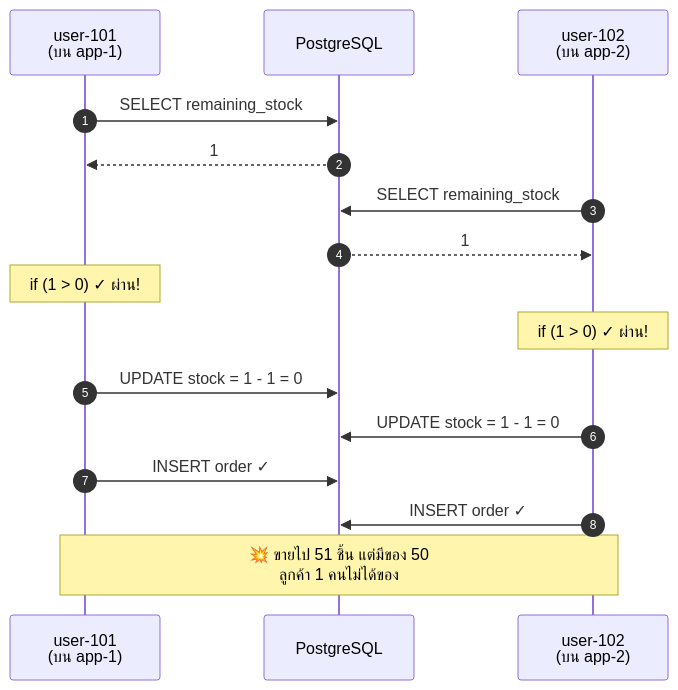
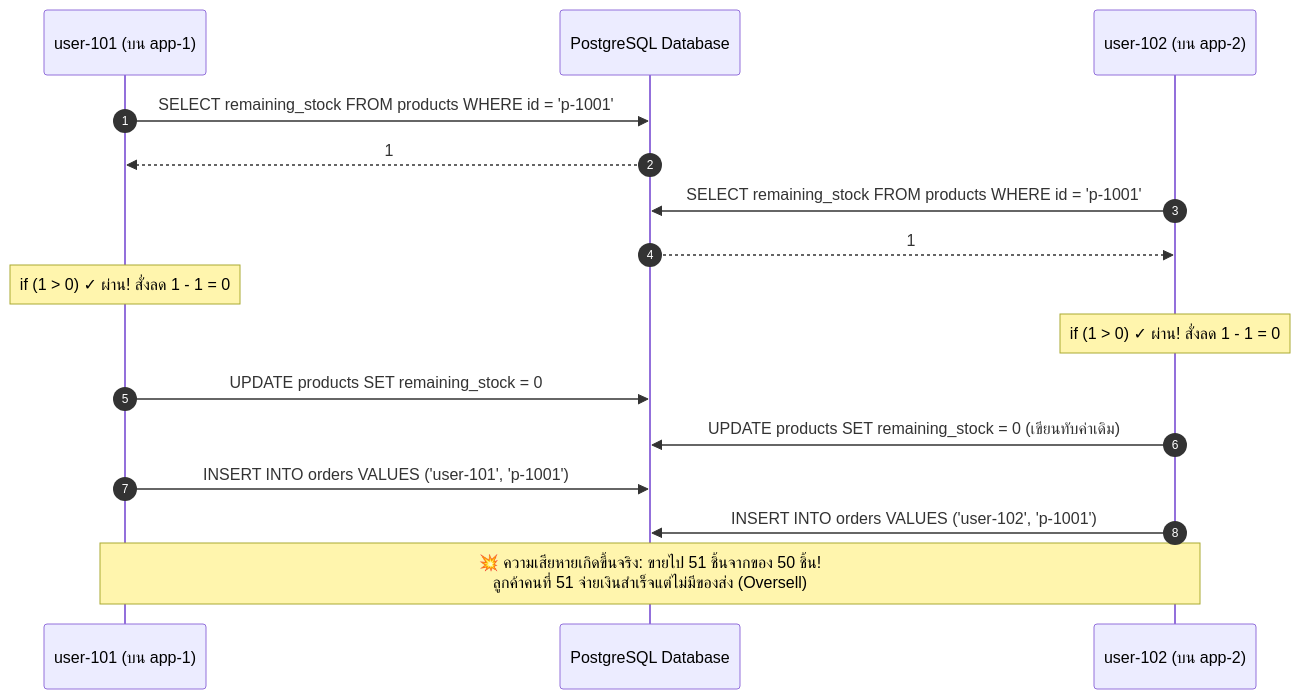
The first of 6 diagrams in docs/Architecture/architecture-primer.md (tophbeifong123/mini-project-backend-mobile), drawn with Mermaid before and after one commit. The commit also changed other lines of this file and 3 other files, not shown here.

First line of the commit message:
docs(architecture): add primer and deep dive concurrency locking and cache invalidation

````diff
--- a/docs/Architecture/architecture-primer.md
+++ b/docs/Architecture/architecture-primer.md
@@ -67,19 +101,19 @@
 ```mermaid
 sequenceDiagram
     autonumber
-    participant A as user-101<br/>(บน app-1)
-    participant DB as PostgreSQL
-    participant B as user-102<br/>(บน app-2)
+    participant A as user-101 (บน app-1)
+    participant DB as PostgreSQL Database
+    participant B as user-102 (บน app-2)
 
-    A->>DB: SELECT remaining_stock
+    A->>DB: SELECT remaining_stock FROM products WHERE id = 'p-1001'
     DB-->>A: 1
-    B->>DB: SELECT remaining_stock
+    B->>DB: SELECT remaining_stock FROM products WHERE id = 'p-1001'
     DB-->>B: 1
-    Note over A: if (1 > 0) ✓ ผ่าน!
-    Note over B: if (1 > 0) ✓ ผ่าน!
-    A->>DB: UPDATE stock = 1 - 1 = 0
-    B->>DB: UPDATE stock = 1 - 1 = 0
-    A->>DB: INSERT order ✓
-    B->>DB: INSERT order ✓
-    Note over A,B: 💥 ขายไป 51 ชิ้น แต่มีของ 50<br/>ลูกค้า 1 คนไม่ได้ของ
+    Note over A: if (1 > 0) ✓ ผ่าน! สั่งลด 1 - 1 = 0
+    Note over B: if (1 > 0) ✓ ผ่าน! สั่งลด 1 - 1 = 0
+    A->>DB: UPDATE products SET remaining_stock = 0
+    B->>DB: UPDATE products SET remaining_stock = 0 (เขียนทับค่าเดิม)
+    A->>DB: INSERT INTO orders VALUES ('user-101', 'p-1001')
+    B->>DB: INSERT INTO orders VALUES ('user-102', 'p-1001')
+    Note over A,B: 💥 ความเสียหายเกิดขึ้นจริง: ขายไป 51 ชิ้นจากของ 50 ชิ้น!<br/>ลูกค้าคนที่ 51 จ่ายเงินสำเร็จแต่ไม่มีของส่ง (Oversell)
 ```
````
